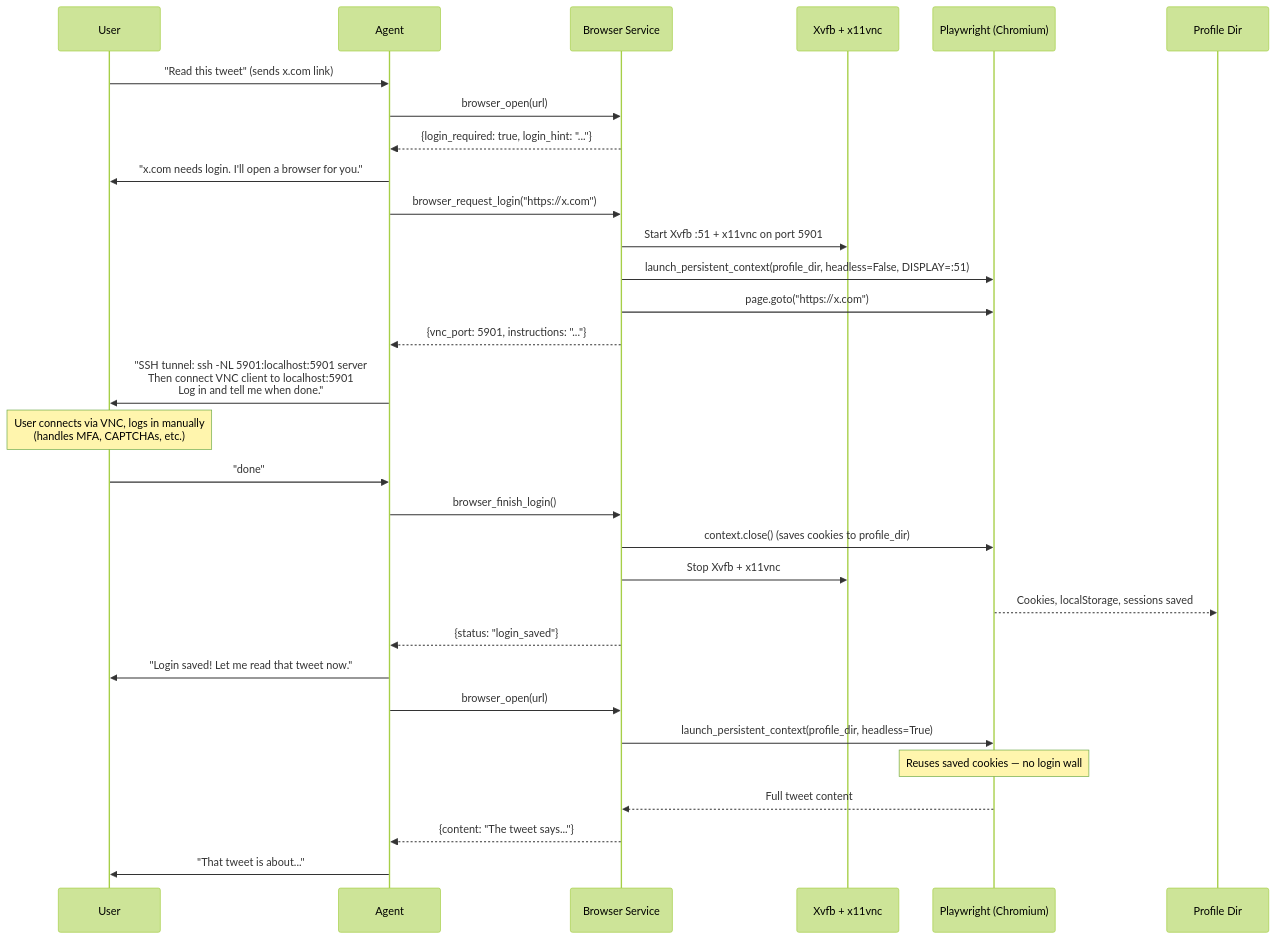
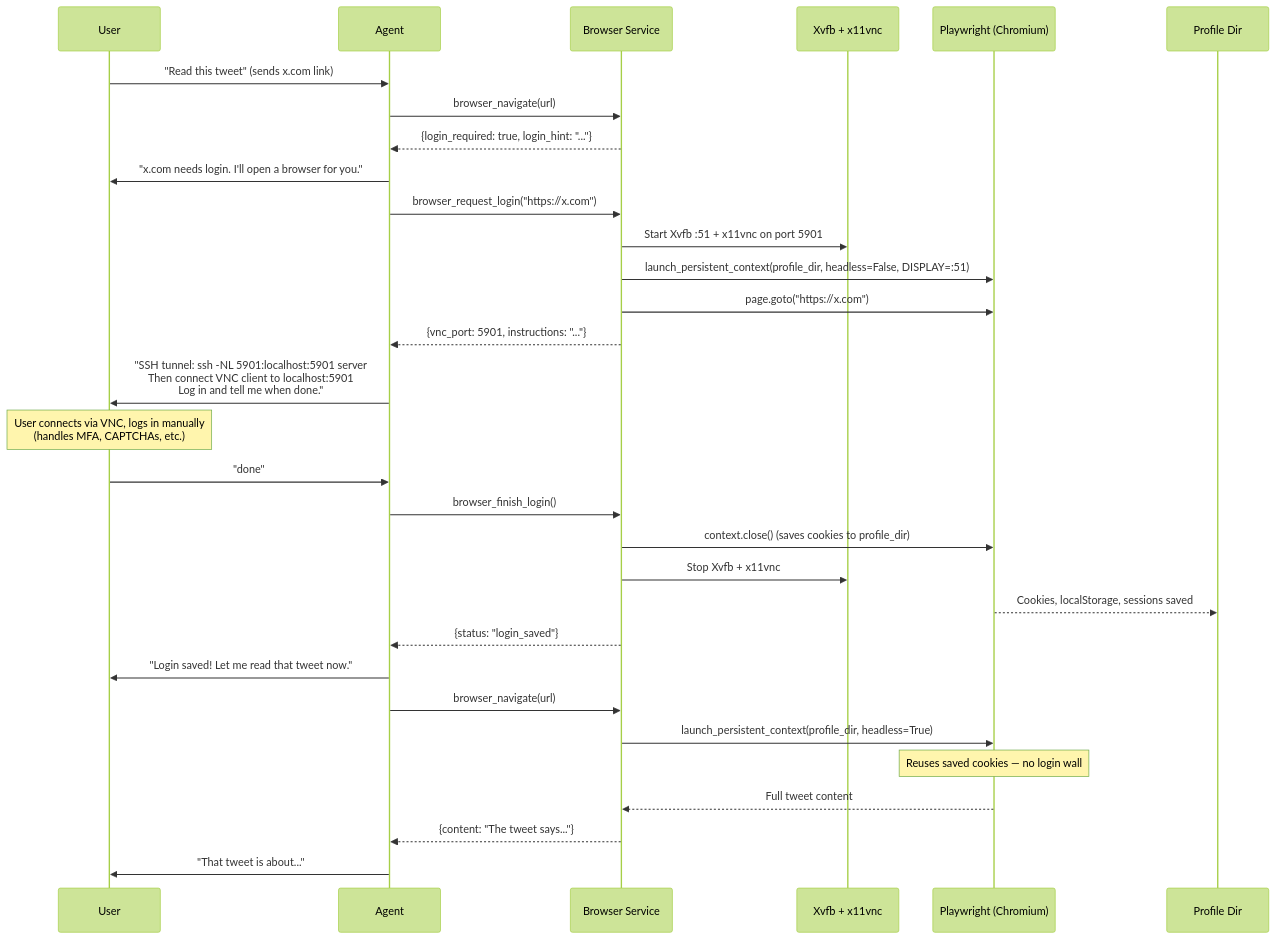
Before and after one commit to praxagent/prax: the third of 3 diagrams in docs/infrastructure/browser.md, drawn with Mermaid (forest theme). The commit also changed other lines of this file and 37 other files, not shown here.

````diff
--- a/docs/infrastructure/browser.md
+++ b/docs/infrastructure/browser.md
@@ -137,39 +137,39 @@
 ```mermaid
 sequenceDiagram
     participant U as User
     participant A as Agent
     participant BW as Browser Service
     participant VNC as Xvfb + x11vnc
     participant PW as Playwright (Chromium)
     participant Disk as Profile Dir
 
     U->>A: "Read this tweet" (sends x.com link)
-    A->>BW: browser_open(url)
+    A->>BW: browser_navigate(url)
     BW-->>A: {login_required: true, login_hint: "..."}
 
     A->>U: "x.com needs login. I'll open a browser for you."
     A->>BW: browser_request_login("https://x.com")
     BW->>VNC: Start Xvfb :51 + x11vnc on port 5901
     BW->>PW: launch_persistent_context(profile_dir, headless=False, DISPLAY=:51)
     BW->>PW: page.goto("https://x.com")
     BW-->>A: {vnc_port: 5901, instructions: "..."}
 
     A->>U: "SSH tunnel: ssh -NL 5901:localhost:5901 server<br/>Then connect VNC client to localhost:5901<br/>Log in and tell me when done."
 
     Note over U: User connects via VNC, logs in manually<br/>(handles MFA, CAPTCHAs, etc.)
     U->>A: "done"
 
     A->>BW: browser_finish_login()
     BW->>PW: context.close() (saves cookies to profile_dir)
     BW->>VNC: Stop Xvfb + x11vnc
     PW-->>Disk: Cookies, localStorage, sessions saved
     BW-->>A: {status: "login_saved"}
 
     A->>U: "Login saved! Let me read that tweet now."
-    A->>BW: browser_open(url)
+    A->>BW: browser_navigate(url)
     BW->>PW: launch_persistent_context(profile_dir, headless=True)
     Note over PW: Reuses saved cookies — no login wall
     PW-->>BW: Full tweet content
     BW-->>A: {content: "The tweet says..."}
     A->>U: "That tweet is about..."
 ```
````
